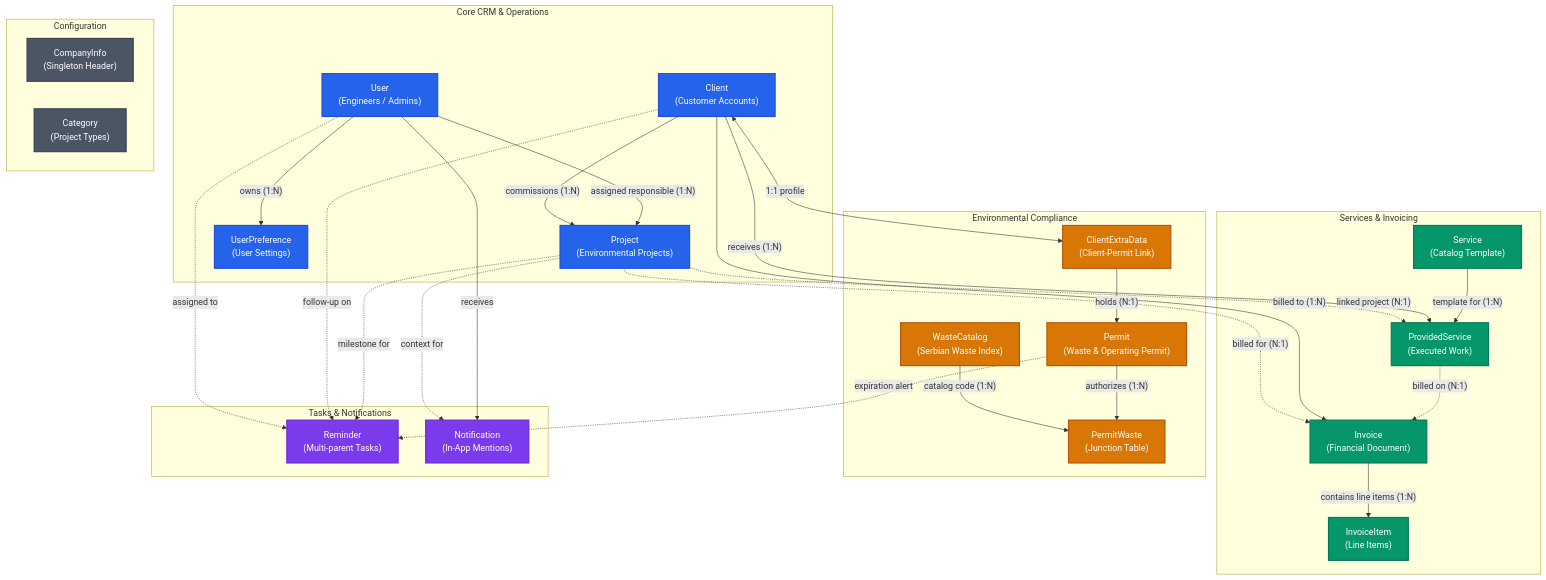
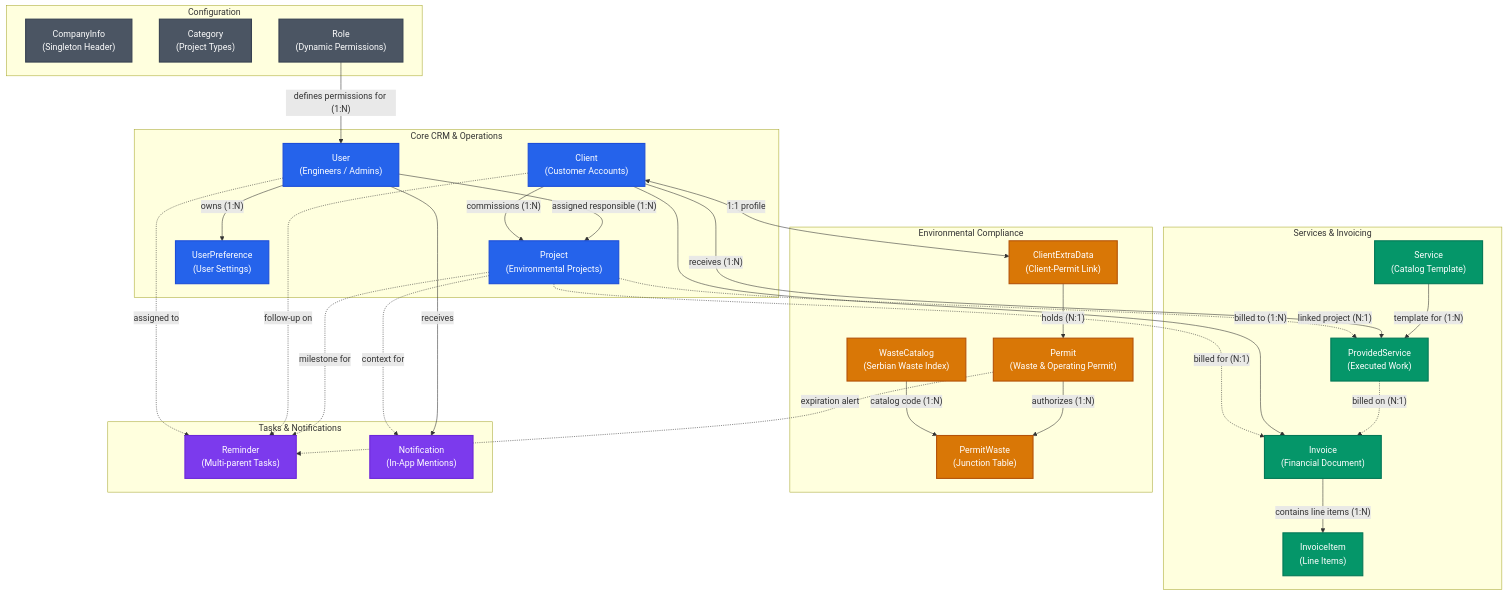
The first of 2 diagrams in docs/DATA_RELATIONSHIP_MODEL.md (zigikralj/EGG_admin_server), drawn with Mermaid before and after one commit. The commit also changed other lines of this file and 2 other files, not shown here.

Commit message:
docs: update server docs to reflect granular permissions, role simulation, and resource ownership

````diff
--- a/docs/DATA_RELATIONSHIP_MODEL.md
+++ b/docs/DATA_RELATIONSHIP_MODEL.md
@@ -55,63 +55,65 @@
 ```mermaid
 flowchart TD
     classDef crm fill:#2563eb,stroke:#1d4ed8,color:#ffffff,stroke-width:2px;
     classDef billing fill:#059669,stroke:#047857,color:#ffffff,stroke-width:2px;
     classDef env fill:#d97706,stroke:#b45309,color:#ffffff,stroke-width:2px;
     classDef workflow fill:#7c3aed,stroke:#6d28d9,color:#ffffff,stroke-width:2px;
     classDef config fill:#4b5563,stroke:#374151,color:#ffffff,stroke-width:2px;
 
     subgraph CRM ["Core CRM & Operations"]
         User["User<br/>(Engineers / Admins)"]:::crm
         Client["Client<br/>(Customer Accounts)"]:::crm
         Project["Project<br/>(Environmental Projects)"]:::crm
         UserPref["UserPreference<br/>(User Settings)"]:::crm
     end
 
     subgraph Billing ["Services & Invoicing"]
         Service["Service<br/>(Catalog Template)"]:::billing
         ProvidedService["ProvidedService<br/>(Executed Work)"]:::billing
         Invoice["Invoice<br/>(Financial Document)"]:::billing
         InvoiceItem["InvoiceItem<br/>(Line Items)"]:::billing
     end
 
     subgraph Environmental ["Environmental Compliance"]
         Permit["Permit<br/>(Waste & Operating Permit)"]:::env
         ClientExtra["ClientExtraData<br/>(Client-Permit Link)"]:::env
         PermitWaste["PermitWaste<br/>(Junction Table)"]:::env
         WasteCatalog["WasteCatalog<br/>(Serbian Waste Index)"]:::env
     end
 
     subgraph Workflow ["Tasks & Notifications"]
         Reminder["Reminder<br/>(Multi-parent Tasks)"]:::workflow
         Notification["Notification<br/>(In-App Mentions)"]:::workflow
     end
 
     subgraph Config ["Configuration"]
         CompanyInfo["CompanyInfo<br/>(Singleton Header)"]:::config
         Category["Category<br/>(Project Types)"]:::config
+        Role["Role<br/>(Dynamic Permissions)"]:::config
     end
 
+    Role -->|"defines permissions for (1:N)"| User
     User -->|"owns (1:N)"| UserPref
     User -->|"assigned responsible (1:N)"| Project
     Client -->|"commissions (1:N)"| Project
 
     Client <-->|"1:1 profile"| ClientExtra
     ClientExtra -->|"holds (N:1)"| Permit
     Permit -->|"authorizes (1:N)"| PermitWaste
     WasteCatalog -->|"catalog code (1:N)"| PermitWaste
 
     Service -->|"template for (1:N)"| ProvidedService
     Client -->|"receives (1:N)"| ProvidedService
     Project -.->|"linked project (N:1)"| ProvidedService
     ProvidedService -.->|"billed on (N:1)"| Invoice
     Client -->|"billed to (1:N)"| Invoice
     Project -.->|"billed for (N:1)"| Invoice
     Invoice -->|"contains line items (1:N)"| InvoiceItem
 
     User -->|"receives"| Notification
     Project -.->|"context for"| Notification
     Project -.->|"milestone for"| Reminder
     Client -.->|"follow-up on"| Reminder
     User -.->|"assigned to"| Reminder
     Permit -.->|"expiration alert"| Reminder
 ```
````
